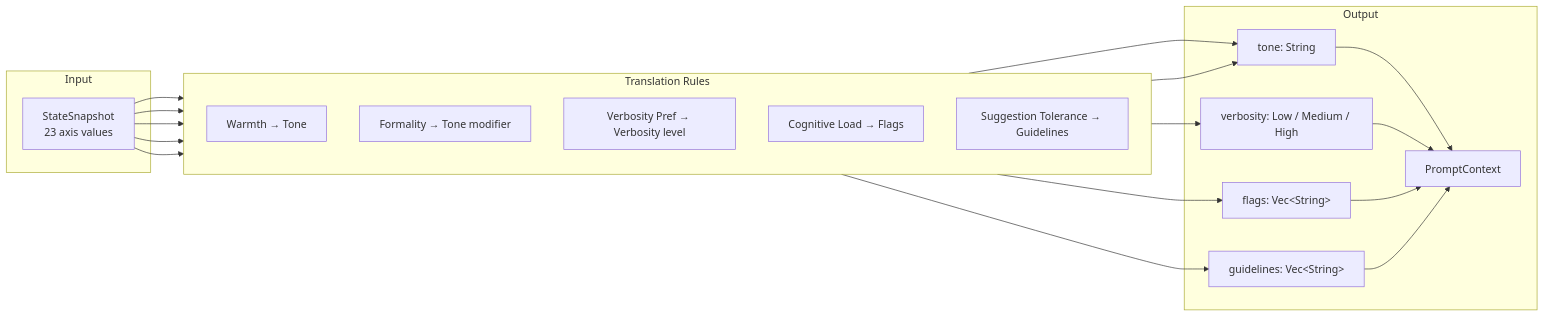
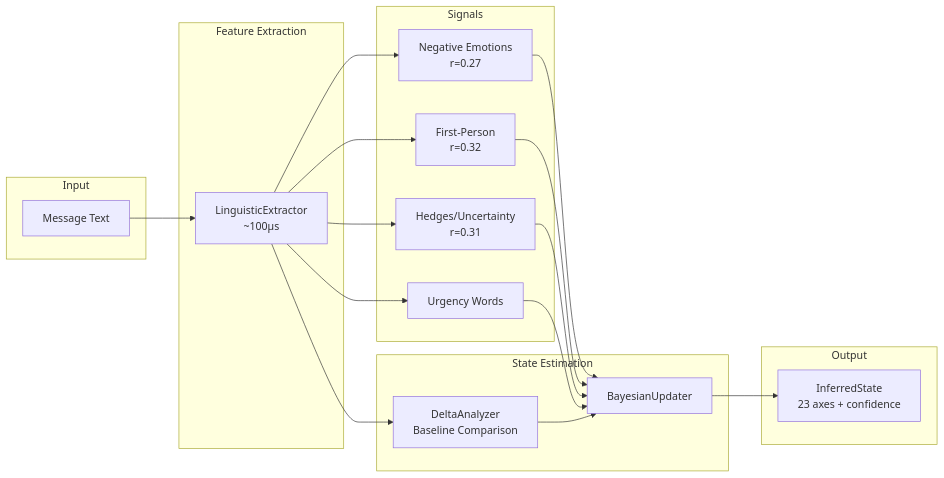
Before and after one commit to JtPerez-Acle/Attuned: the third of 4 diagrams in README.md, drawn with Mermaid. The commit also changed other lines of this file and 33 other files, not shown here.

````diff
--- a/README.md
+++ b/README.md
@@ -305,30 +326,33 @@
 ```mermaid
 flowchart LR
     subgraph Input
-        SS[StateSnapshot<br/>23 axis values]
+        MSG[Message Text]
     end
 
-    subgraph "Translation Rules"
-        direction TB
-        R1[Warmth → Tone]
-        R2[Formality → Tone modifier]
-        R3[Verbosity Pref → Verbosity level]
-        R4[Cognitive Load → Flags]
-        R5[Suggestion Tolerance → Guidelines]
+    subgraph "Feature Extraction"
+        LING[LinguisticExtractor<br/>~100μs]
+    end
+
+    subgraph "Signals"
+        NEG[Negative Emotions<br/>r=0.27]
+        FP[First-Person<br/>r=0.32]
+        HEDGE[Hedges/Uncertainty<br/>r=0.31]
+        URG[Urgency Words]
+    end
+
+    subgraph "State Estimation"
+        BAYES[BayesianUpdater]
+        DELTA[DeltaAnalyzer<br/>Baseline Comparison]
     end
 
     subgraph Output
-        PC[PromptContext]
-        G["guidelines: Vec#lt;String#gt;"]
-        T["tone: String"]
-        V["verbosity: Low / Medium / High"]
-        F["flags: Vec#lt;String#gt;"]
+        STATE[InferredState<br/>23 axes + confidence]
     end
 
-    SS --> R1 & R2 & R3 & R4 & R5
-    R1 & R2 --> T
-    R3 --> V
-    R4 --> F
-    R5 --> G
-    T & V & F & G --> PC
+    MSG --> LING
+    LING --> NEG & FP & HEDGE & URG
+    NEG & FP & HEDGE & URG --> BAYES
+    LING --> DELTA
+    DELTA --> BAYES
+    BAYES --> STATE
 ```
````
